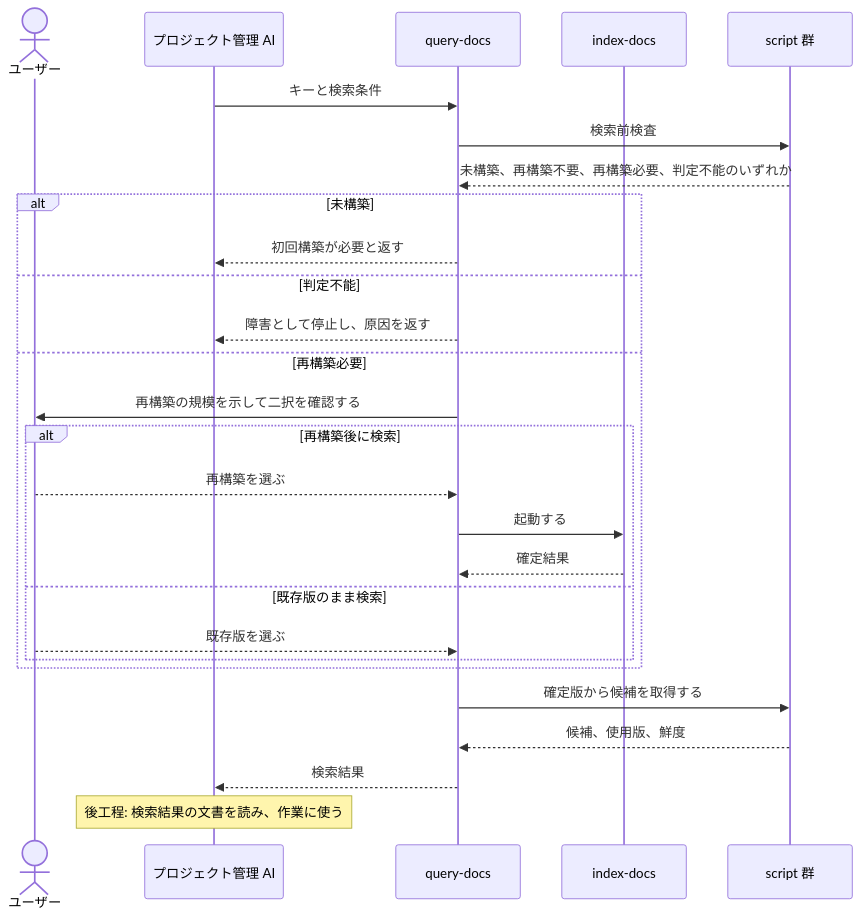
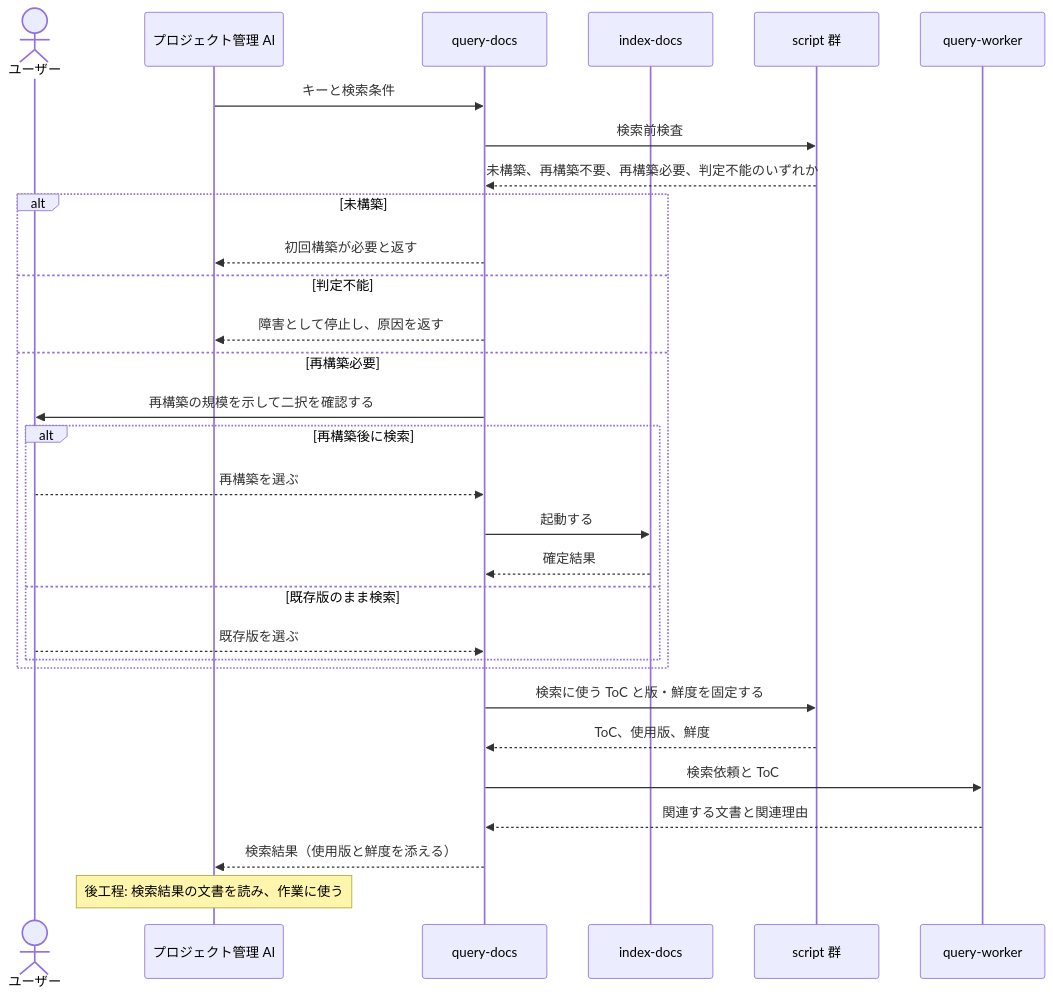
Before and after one commit to BlueEventHorizon/doc-link: the fourth of 8 diagrams in docs/specs/design/DES-010-skill-composition.md, drawn with Mermaid. The commit also changed other lines of this file and 21 other files, not shown here.

````diff
--- a/docs/specs/design/DES-010-skill-composition.md
+++ b/docs/specs/design/DES-010-skill-composition.md
@@ -196,30 +200,33 @@
 ```mermaid
 sequenceDiagram
     actor User as ユーザー
     participant PM as プロジェクト管理 AI
     participant Skill as query-docs
     participant Index as index-docs
     participant Scripts as script 群
+    participant Worker as query-worker
 
     PM->>Skill: キーと検索条件
     Skill->>Scripts: 検索前検査
     Scripts-->>Skill: 未構築、再構築不要、再構築必要、判定不能のいずれか
     alt 未構築
         Skill-->>PM: 初回構築が必要と返す
     else 判定不能
         Skill-->>PM: 障害として停止し、原因を返す
     else 再構築必要
         Skill->>User: 再構築の規模を示して二択を確認する
         alt 再構築後に検索
             User-->>Skill: 再構築を選ぶ
             Skill->>Index: 起動する
             Index-->>Skill: 確定結果
         else 既存版のまま検索
             User-->>Skill: 既存版を選ぶ
         end
     end
-    Skill->>Scripts: 確定版から候補を取得する
-    Scripts-->>Skill: 候補、使用版、鮮度
-    Skill-->>PM: 検索結果
+    Skill->>Scripts: 検索に使う ToC と版・鮮度を固定する
+    Scripts-->>Skill: ToC、使用版、鮮度
+    Skill->>Worker: 検索依頼と ToC
+    Worker-->>Skill: 関連する文書と関連理由
+    Skill-->>PM: 検索結果（使用版と鮮度を添える）
     Note over PM: 後工程: 検索結果の文書を読み、作業に使う
 ```
````
